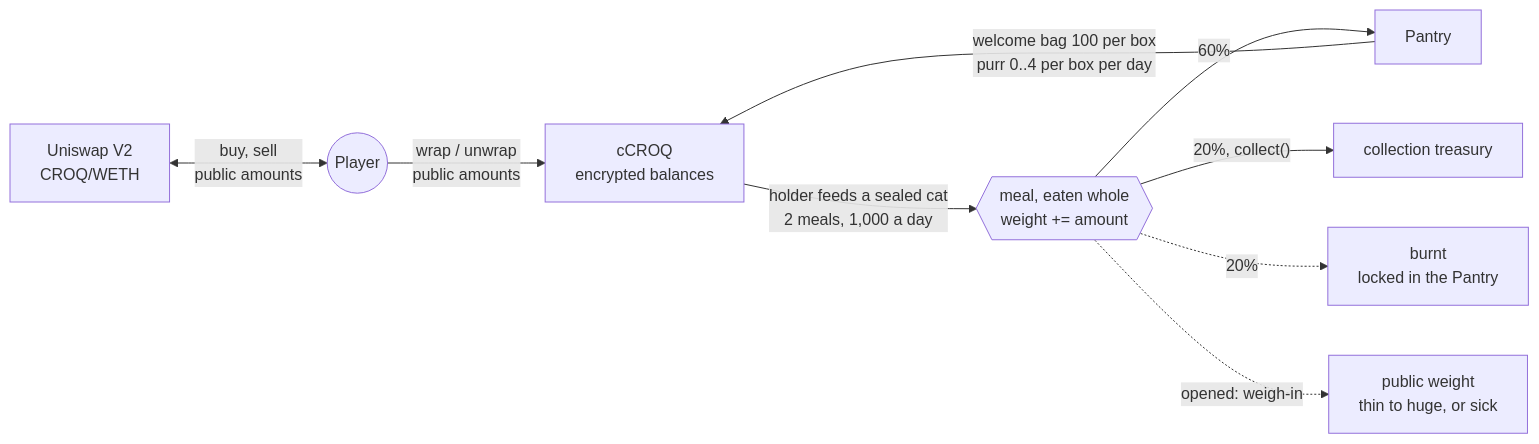
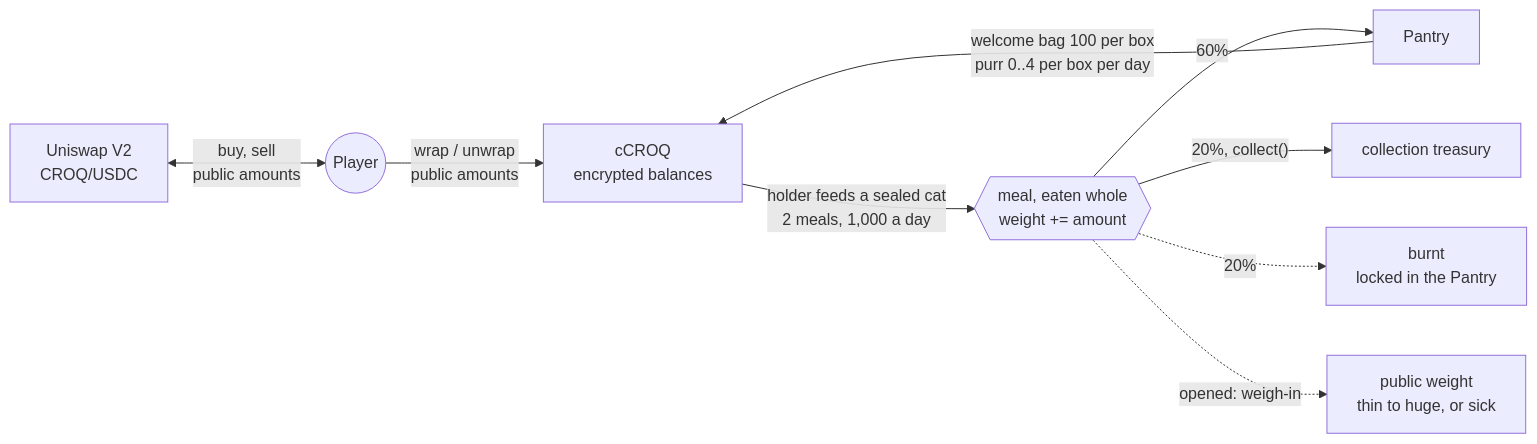
Before and after one commit to jecombe/do_not_open: the third of 3 diagrams in README.md, drawn with Mermaid. The commit also changed other lines of this file and 62 other files, not shown here.

````diff
--- a/README.md
+++ b/README.md
@@ -105,11 +107,11 @@
 ```mermaid
 flowchart LR
-  pool["Uniswap V2<br/>CROQ/WETH"] <-- "buy, sell<br/>public amounts" --> player(("Player"))
+  pool["Uniswap V2<br/>CROQ/USDC"] <-- "buy, sell<br/>public amounts" --> player(("Player"))
   player -- "wrap / unwrap<br/>public amounts" --> ccroq["cCROQ<br/>encrypted balances"]
   pantry["Pantry"] -- "welcome bag 100 per box<br/>purr 0..4 per box per day" --> ccroq
   ccroq -- "holder feeds a sealed cat<br/>2 meals, 1,000 a day" --> meal{{"meal, eaten whole<br/>weight += amount"}}
   meal -- "60%" --> pantry
   meal -- "20%, collect()" --> treasury["collection treasury"]
   meal -. "20%" .-> burnt["burnt<br/>locked in the Pantry"]
   meal -. "opened: weigh-in" .-> build["public weight<br/>thin to huge, or sick"]
 ```
````
